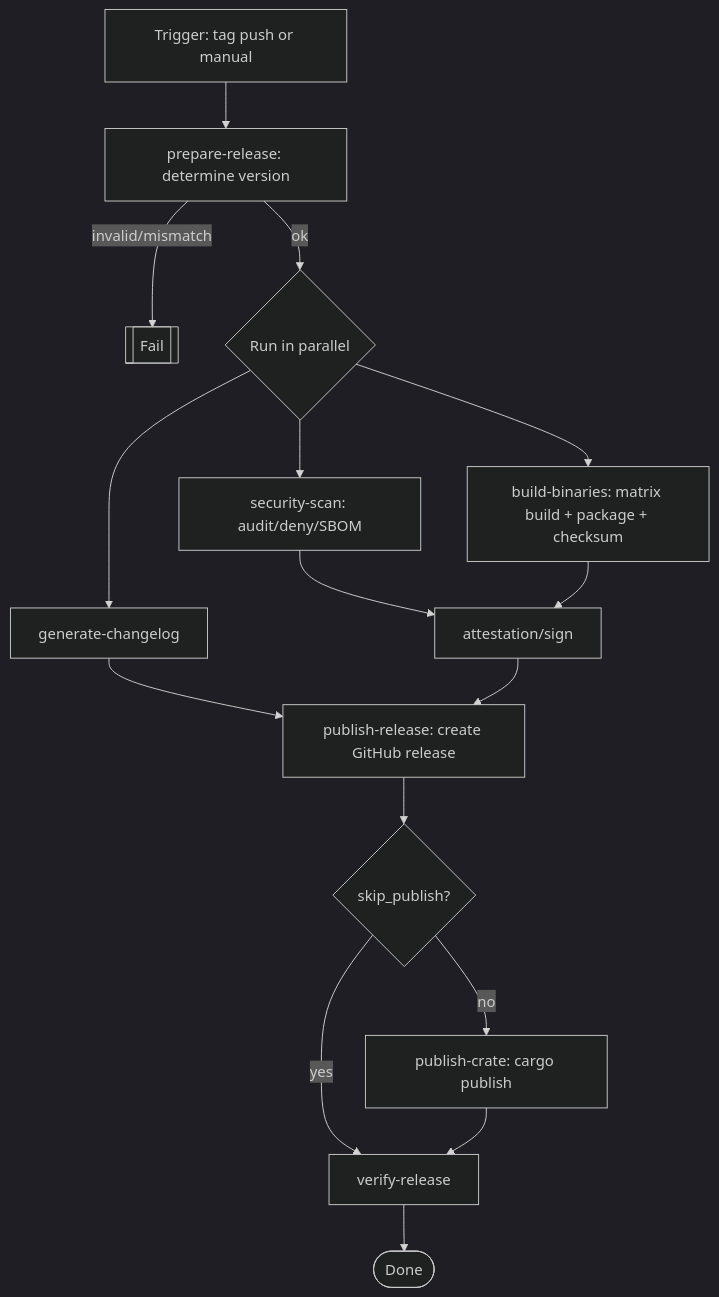
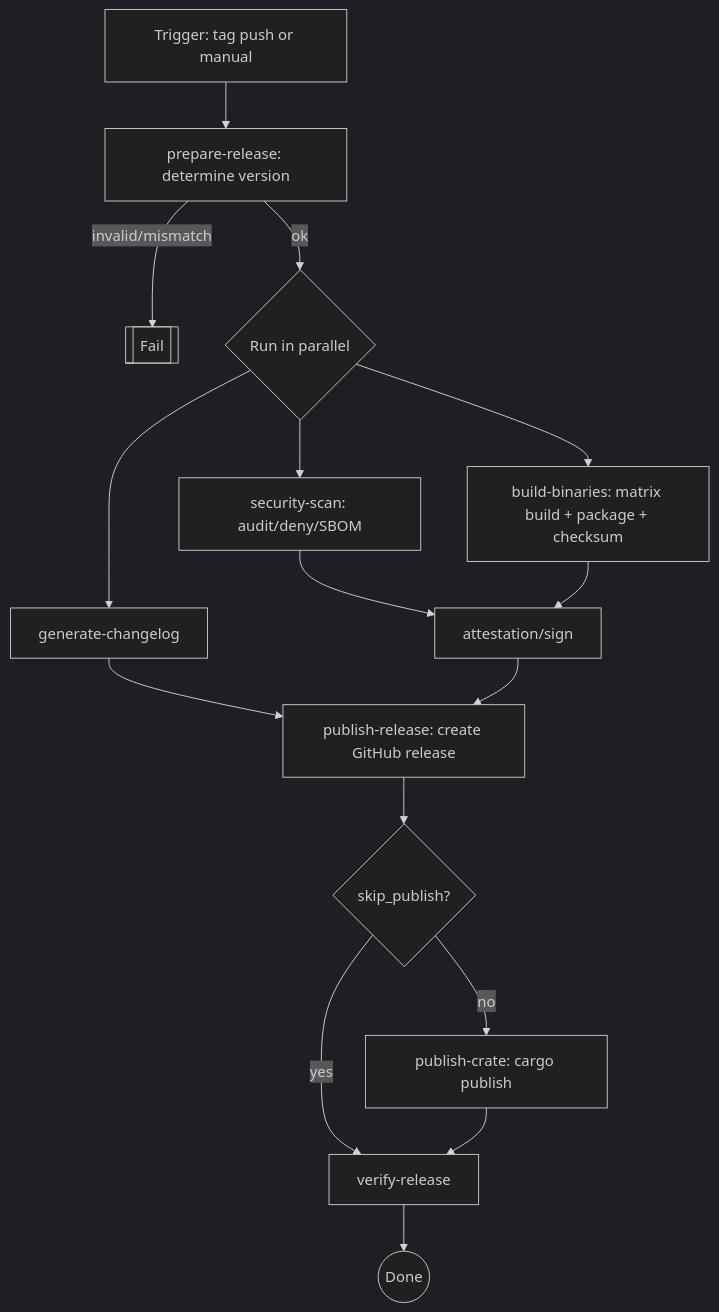
Before and after one commit to nutthead/ruloc: the ninth of 10 diagrams in docs/reports/02-analyze-ci.md, drawn with Mermaid (dark theme). The commit also changed other lines of this file, not shown here.

First line of the commit message:
docs(reports): Add comprehensive workflow diagrams to CI analysis

````diff
--- a/docs/reports/02-analyze-ci.md
+++ b/docs/reports/02-analyze-ci.md
@@ -260,18 +331,18 @@
 ```mermaid
 flowchart TD
   A[Trigger: tag push or manual] --> B[prepare-release: determine version]
   B -->|invalid/mismatch| X[[Fail]]
   B -->|ok| C{Run in parallel}
   C --> D[security-scan: audit/deny/SBOM]
   C --> E[build-binaries: matrix build + package + checksum]
   C --> F[generate-changelog]
   D --> G[attestation/sign]
   E --> G
   F --> H[publish-release: create GitHub release]
   G --> H
   H --> I{skip_publish?}
   I -->|yes| J[verify-release]
   I -->|no| K[publish-crate: cargo publish]
   K --> J
-  J --> Done([Done])
+  J --> Done((Done))
 ```
````
